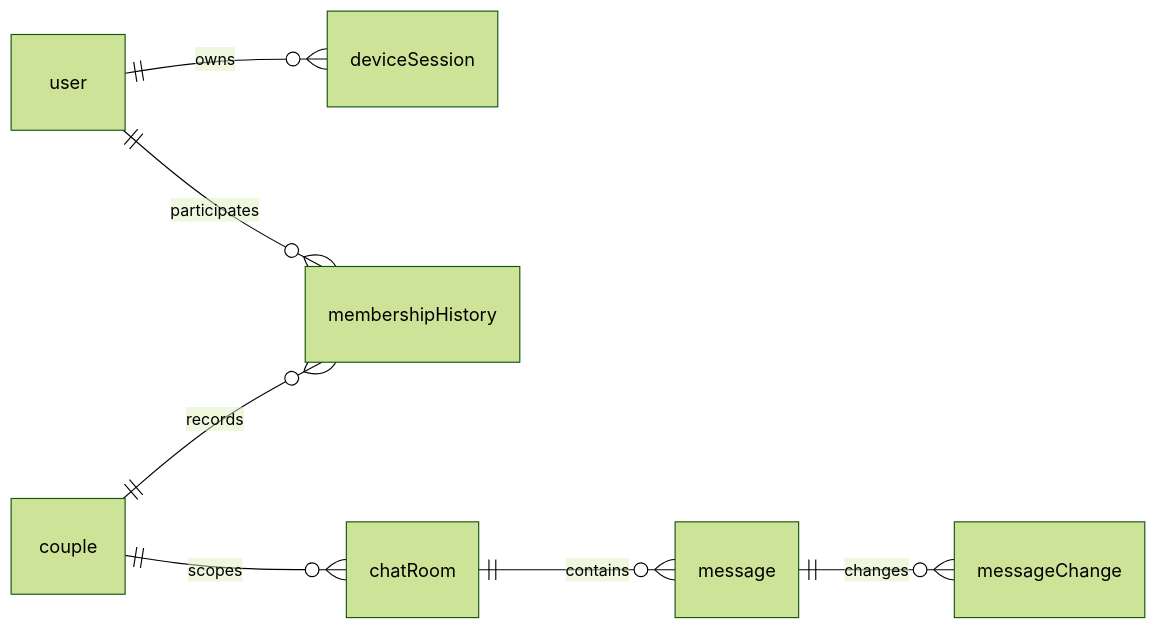
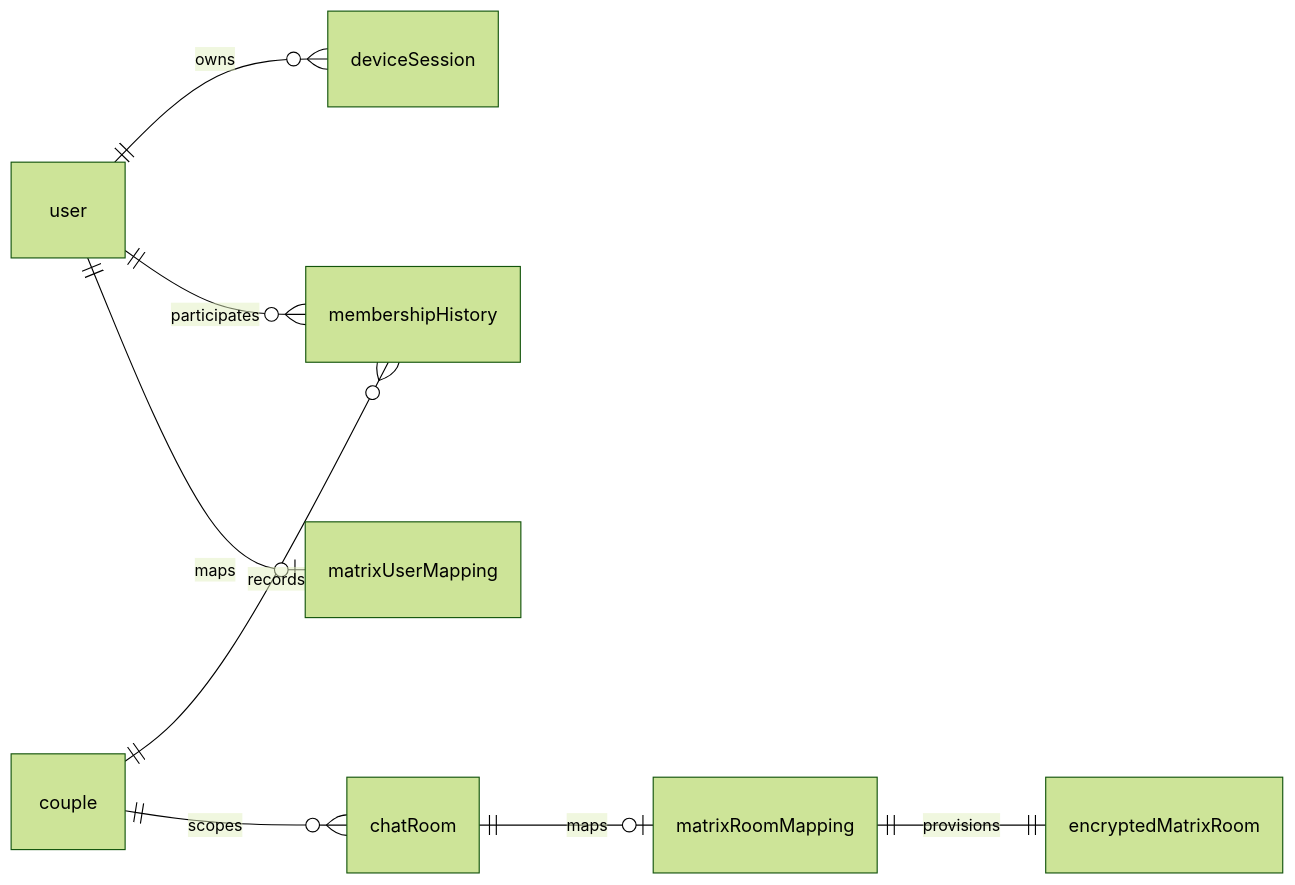
Before and after one commit to SriZan12/SriSu: the fourth of 5 diagrams in docs/architecture/system-design/02-target-architecture.md, drawn with Mermaid (forest theme). The commit also changed other lines of this file and 108 other files, not shown here.

First line of the commit message:
feat(chat): integrate Matrix E2EE client

````diff
--- a/docs/architecture/system-design/02-target-architecture.md
+++ b/docs/architecture/system-design/02-target-architecture.md
@@ -147,10 +170,11 @@
 ```mermaid
 erDiagram
   direction LR
   user ||--o{ deviceSession : owns
   user ||--o{ membershipHistory : participates
   couple ||--o{ membershipHistory : records
   couple ||--o{ chatRoom : scopes
-  chatRoom ||--o{ message : contains
-  message ||--o{ messageChange : changes
+  user ||--o| matrixUserMapping : maps
+  chatRoom ||--o| matrixRoomMapping : maps
+  matrixRoomMapping ||--|| encryptedMatrixRoom : provisions
 ```
````
